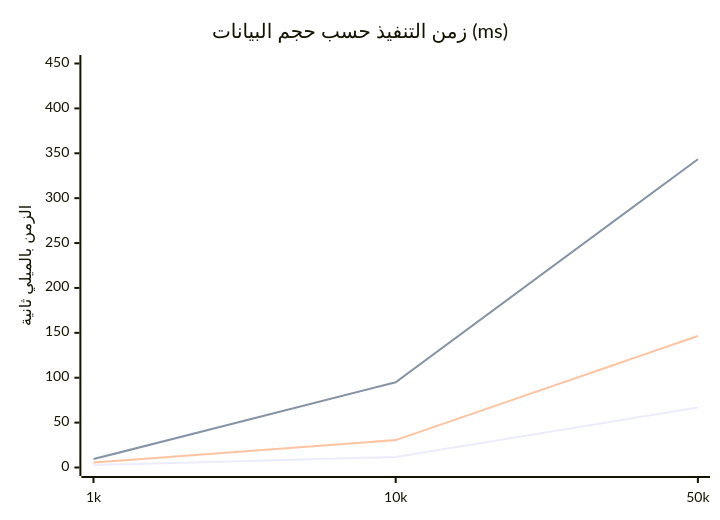
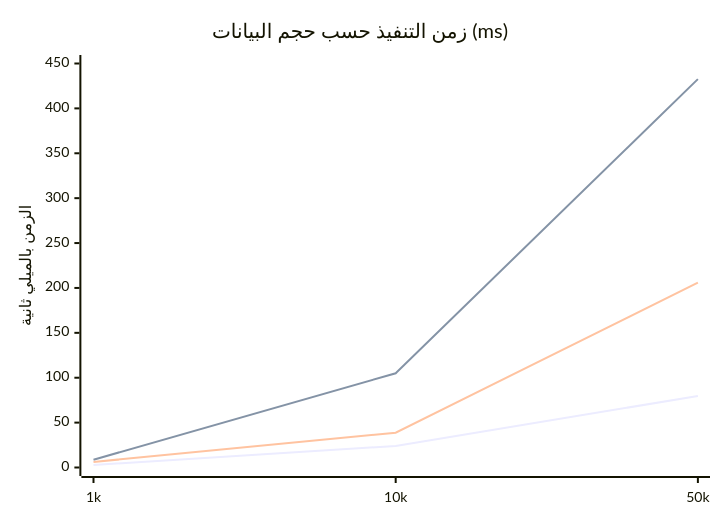
The fourth of 4 diagrams in docs/algorithms/DARIJA-ENGINE-REPORT-v0.1.0.md (ArCode-Standard/darija-lexreview), drawn with Mermaid before and after one commit. The commit also changed other lines of this file, not shown here.

````diff
--- a/docs/algorithms/DARIJA-ENGINE-REPORT-v0.1.0.md
+++ b/docs/algorithms/DARIJA-ENGINE-REPORT-v0.1.0.md
@@ -233,9 +233,9 @@
 ```mermaid
 xychart-beta
     title "زمن التنفيذ حسب حجم البيانات (ms)"
     x-axis ["1k", "10k", "50k"]
     y-axis "الزمن بالميلي ثانية" 0 --> 450
-    line [2.70, 11.68, 66.76]
-    line [9.37, 94.95, 343.32]
-    line [5.50, 30.50, 146.43]
+    line [2.82, 24.00, 79.65]
+    line [8.70, 104.98, 432.59]
+    line [6.19, 38.78, 205.98]
 ```
````
